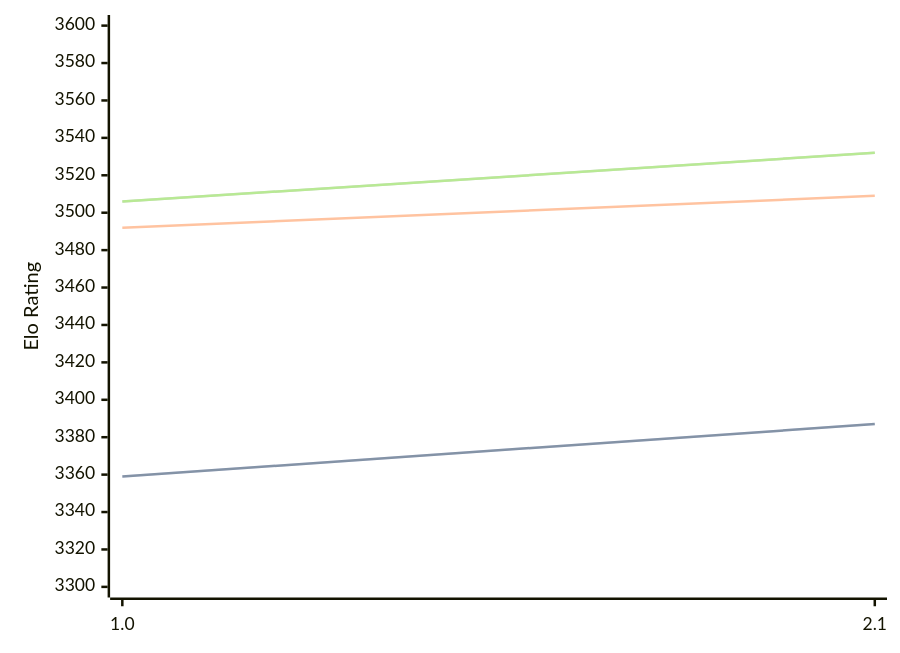
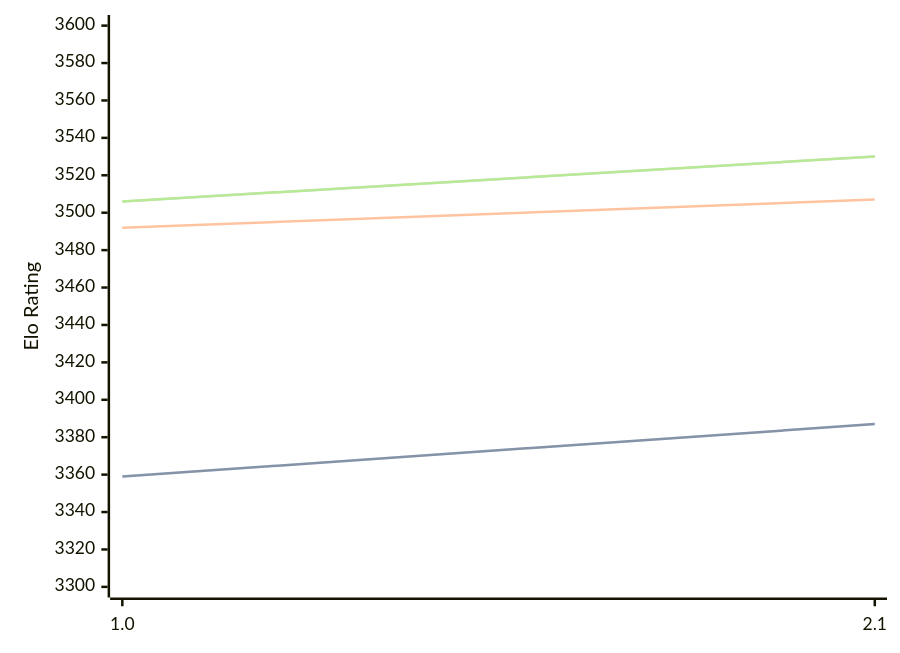
Before and after one commit to computer-chess-index/cci: the first of 3 diagrams in engines/Hobbes.md, drawn with Mermaid. The commit also changed other lines of this file, not shown here.

Commit message:
Update CCI Ratings (ELO VLTC) - 2026-07-03

````diff
--- a/engines/Hobbes.md
+++ b/engines/Hobbes.md
@@ -33,11 +33,11 @@
 ```mermaid
 %%{init: {"theme":"base","themeVariables":{"seriesColors:['#a3a3a3','#222221','#faa371']}}}%%
 xychart-beta
   x-axis ["1.0", "2.1"]
   y-axis "Elo Rating" 3300 --> 3600
   line "STC (8.0+0.08s)" [3359, 3387]
   line "STC (8.0+0.08s)" [3359, 3387]
-  line "LTC (60.0+0.60s)" [3492, 3509]
-  line "VLTC (2m24s+1.12s)" [3506, 3532]
-  line "VLTC (2m24s+1.12s)" [3506, 3532]
+  line "LTC (60.0+0.60s)" [3492, 3507]
+  line "VLTC (2m24s+1.12s)" [3506, 3530]
+  line "VLTC (2m24s+1.12s)" [3506, 3530]
 ```
````
